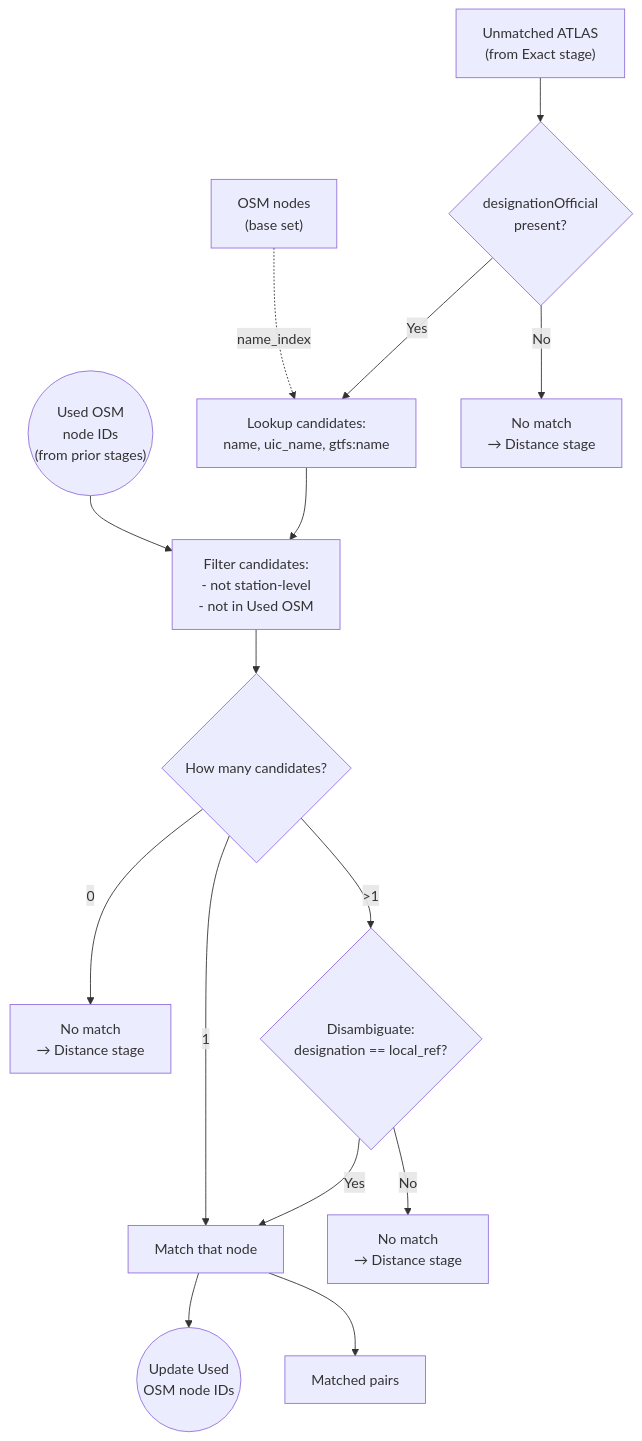
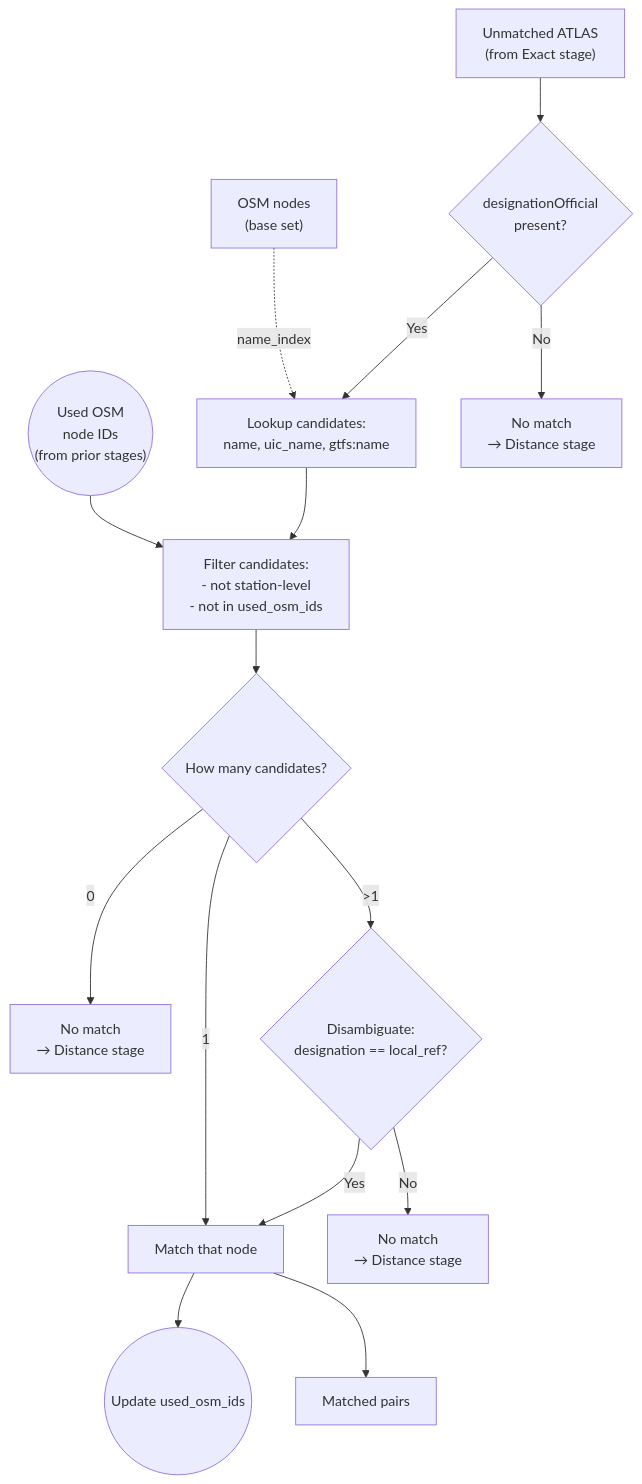
One commit to openTdataCH/stop_sync_osm_atlas changed the diagram in documentation/2.2 Name matching.md. Above: the diagram before and after it, drawn with Mermaid. The commit also changed other lines of this file and 75 other files, not shown here.

````diff
--- a/documentation/2.2 Name matching.md
+++ b/documentation/2.2 Name matching.md
@@ -5,26 +5,26 @@
 ```mermaid
 flowchart TB
     %% ===== INPUTS =====
     IN["Unmatched ATLAS<br/>(from Exact stage)"]
     OSM["OSM nodes<br/>(base set)"]
     U(("Used OSM<br/>node IDs<br/>(from prior stages)"))
 
     IN --> Z{"designationOfficial<br/>present?"}
     OSM -.-> |"name_index"| K
     U --> F
 
     Z -->|No| N0["No match<br/>→ Distance stage"]
     Z -->|Yes| K["Lookup candidates:<br/>name, uic_name, gtfs:name"]
 
-    K --> F["Filter candidates:<br/>- not station-level<br/>- not in Used OSM"]
+    K --> F["Filter candidates:<br/>- not station-level<br/>- not in used_osm_ids"]
     F --> S{"How many candidates?"}
 
     S -->|0| N1["No match<br/>→ Distance stage"]
     S -->|1| M["Match that node"]
     S -->|">1"| D{"Disambiguate:<br/>designation == local_ref?"}
     D -->|Yes| M
     D -->|No| N2["No match<br/>→ Distance stage"]
 
-    M --> U2(("Update Used<br/>OSM node IDs"))
+    M --> U2(("Update used_osm_ids"))
     M --> OUT["Matched pairs"]
 ```
````
